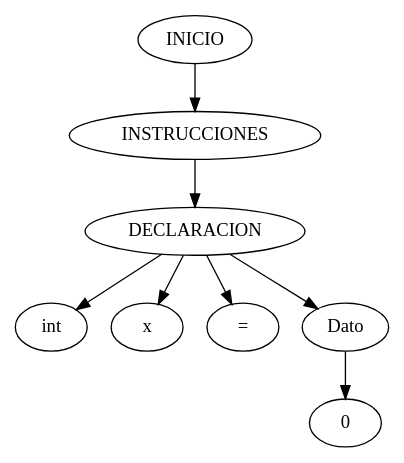
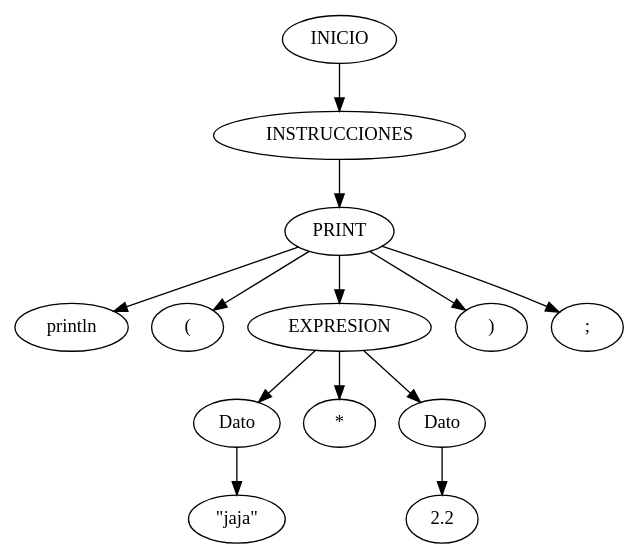
Before and after one commit to Ssolares0/OLC1_Proyecto2_202004822: the diagram in server/arbolAST.dot, drawn with Graphviz. The commit also changed 8 other files, not shown here.

```diff
--- a/server/arbolAST.dot
+++ b/server/arbolAST.dot
@@ -1,18 +1,28 @@
 digraph arbolAST{ 
       n0[label="INICIO"];
       n1[label="INSTRUCCIONES"];
       n0 -> n1;
-n2[label="DECLARACION"];
+n2[label="PRINT"];
       n1 -> n2;
-n3[label="int"];
+n3[label="println"];
       n2 -> n3;
-n4[label="x"];
+n4[label="("];
       n2 -> n4;
-n5[label="="];
+n5[label="EXPRESION"];
       n2 -> n5;
 n6[label="Dato"];
-      n2 -> n6;
-n7[label="0"];
+      n5 -> n6;
+n7[label="\"jaja\""];
       n6 -> n7;
+n8[label="*"];
+      n5 -> n8;
+n9[label="Dato"];
+      n5 -> n9;
+n10[label="2.2"];
+      n9 -> n10;
+n11[label=")"];
+      n2 -> n11;
+n12[label=";"];
+      n2 -> n12;
 
     }
```
